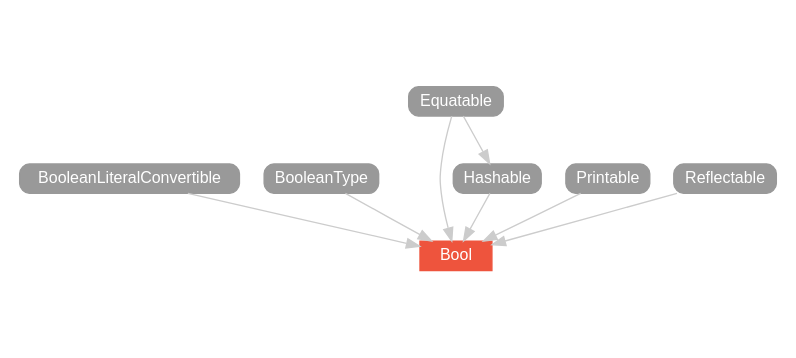
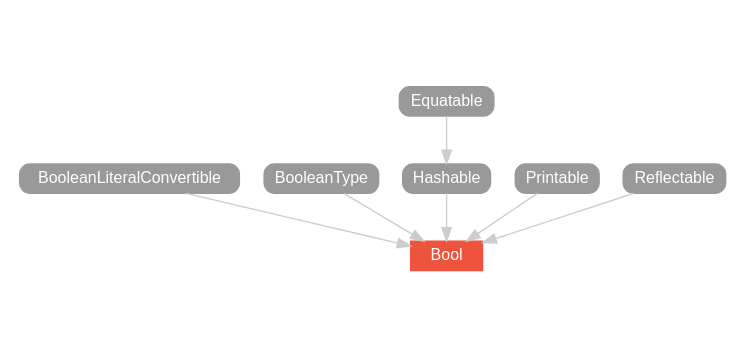
Before and after one commit to SwiftDoc/SwiftDoc.github.io: the diagram in v1.2/type/Bool/hierarchy/index.dot, drawn with Graphviz. The commit also changed 1932 other files, not shown here.

```diff
--- a/v1.2/type/Bool/hierarchy/index.dot
+++ b/v1.2/type/Bool/hierarchy/index.dot
@@ -1,21 +1,20 @@
 strict digraph "Bool - Type Hierarchy - SwiftDoc.org" {
     pad="0.1,0.8"
     node [shape=box, style="filled,rounded", color="#999999", fillcolor="#999999", fontcolor=white, fontname=Helvetica, fontnames="Helvetica,sansserif", fontsize=12, margin="0.07,0.05", height="0.3"]
     edge [color="#cccccc"]
     "Bool" [URL="/type/Bool/", style="filled", fillcolor="#ee543d", color="#ee543d"]
     "BooleanLiteralConvertible" [URL="/protocol/BooleanLiteralConvertible/"]
     "BooleanType" [URL="/protocol/BooleanType/"]
     "Equatable" [URL="/protocol/Equatable/"]
     "Hashable" [URL="/protocol/Hashable/"]
     "Printable" [URL="/protocol/Printable/"]
     "Reflectable" [URL="/protocol/Reflectable/"]    "BooleanLiteralConvertible" -> "Bool"
     "BooleanType" -> "Bool"
     "Printable" -> "Bool"
-    "Equatable" -> "Bool"
     "Hashable" -> "Bool"
     "Reflectable" -> "Bool"
     "Equatable" -> "Hashable"
     subgraph Types {
         rank = max; "Bool";
     }
 }
```
